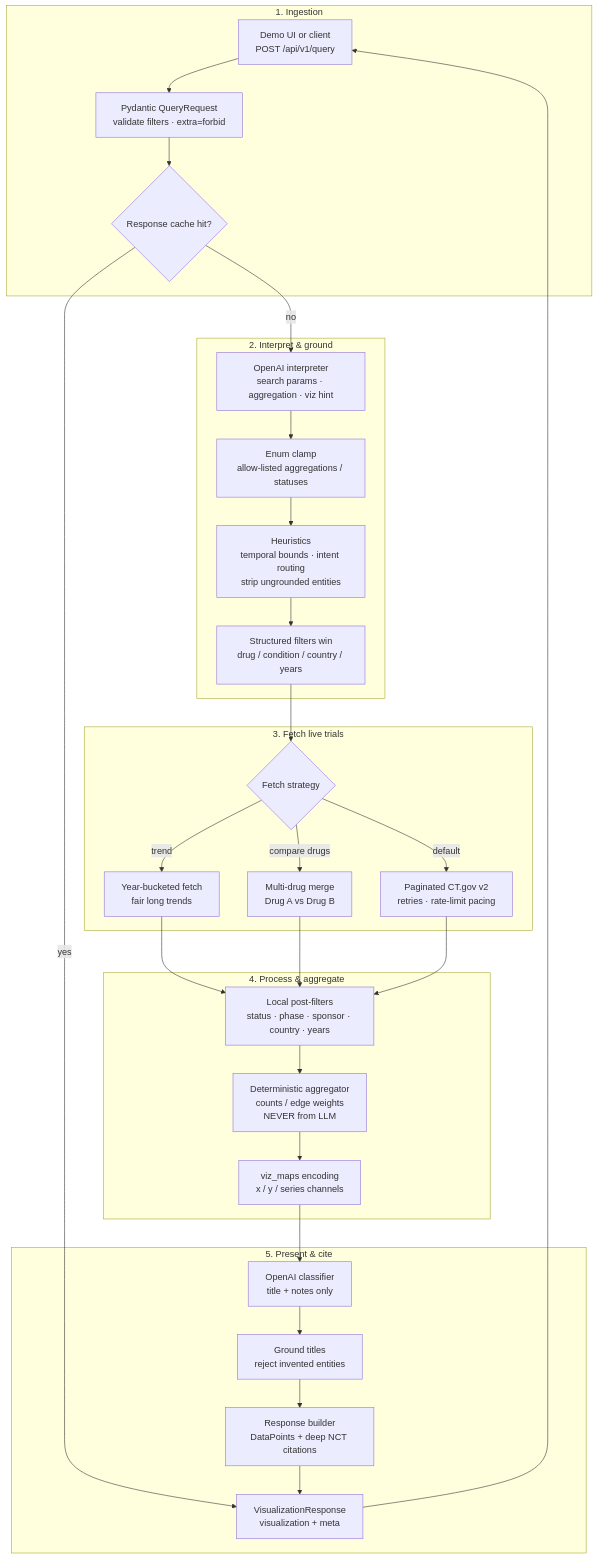
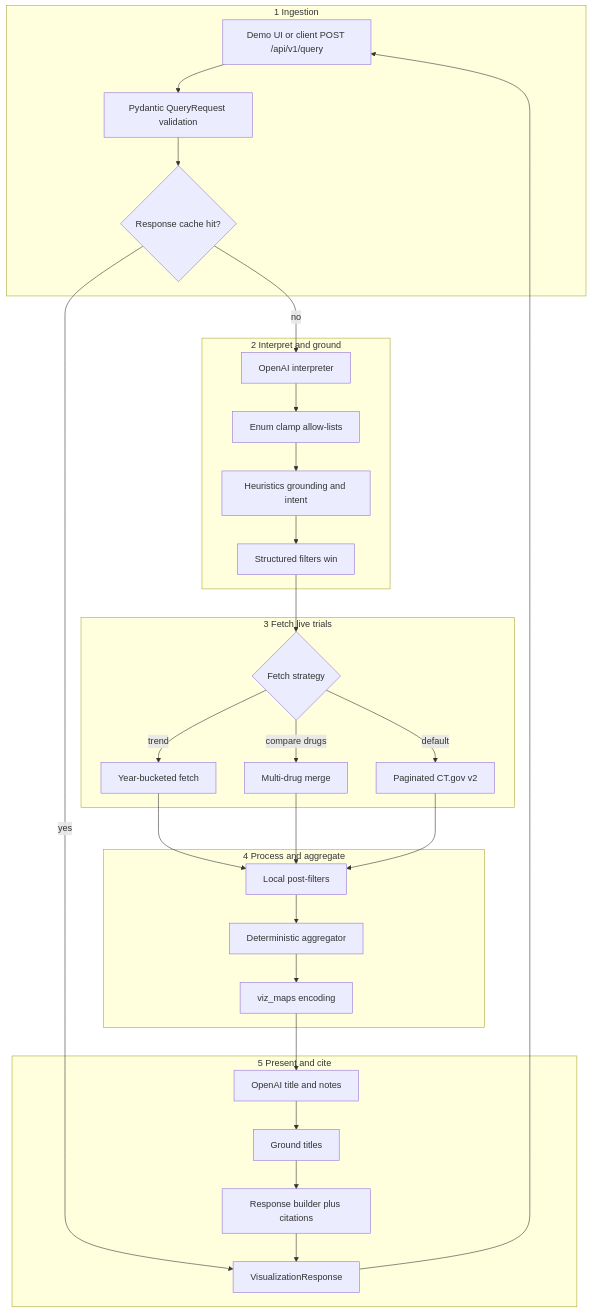
The diagram in README.md (ShubhamRSY/ClinSight-Agent), drawn with Mermaid before and after one commit.

Commit message:
Fix Mermaid architecture diagram for GitHub rendering.
Simplify labels and subgraph syntax so GitHub's Mermaid renderer no longer fails on br tags and special characters.

````diff
--- a/README.md
+++ b/README.md
@@ -297,44 +297,44 @@
 ```mermaid
 flowchart TD
-  subgraph Ingest["1. Ingestion"]
-    UI["Demo UI or client<br/>POST /api/v1/query"]
-    Schema["Pydantic QueryRequest<br/>validate filters · extra=forbid"]
-    Cache{"Response cache hit?"}
+  subgraph ingest [1 Ingestion]
+    UI[Demo UI or client POST /api/v1/query]
+    Schema[Pydantic QueryRequest validation]
+    Cache{Response cache hit?}
   end
 
-  subgraph Interpret["2. Interpret & ground"]
-    LLM1["OpenAI interpreter<br/>search params · aggregation · viz hint"]
-    Clamp["Enum clamp<br/>allow-listed aggregations / statuses"]
-    Heur["Heuristics<br/>temporal bounds · intent routing<br/>strip ungrounded entities"]
-    Override["Structured filters win<br/>drug / condition / country / years"]
+  subgraph interpret [2 Interpret and ground]
+    LLM1[OpenAI interpreter]
+    Clamp[Enum clamp allow-lists]
+    Heur[Heuristics grounding and intent]
+    Override[Structured filters win]
   end
 
-  subgraph Fetch["3. Fetch live trials"]
-    Strat{"Fetch strategy"}
-    Year["Year-bucketed fetch<br/>fair long trends"]
-    Multi["Multi-drug merge<br/>Drug A vs Drug B"]
-    Page["Paginated CT.gov v2<br/>retries · rate-limit pacing"]
+  subgraph fetch [3 Fetch live trials]
+    Strat{Fetch strategy}
+    Year[Year-bucketed fetch]
+    Multi[Multi-drug merge]
+    Page[Paginated CT.gov v2]
   end
 
-  subgraph Process["4. Process & aggregate"]
-    Local["Local post-filters<br/>status · phase · sponsor · country · years"]
-    Agg["Deterministic aggregator<br/>counts / edge weights<br/>NEVER from LLM"]
-    Enc["viz_maps encoding<br/>x / y / series channels"]
+  subgraph process [4 Process and aggregate]
+    Local[Local post-filters]
+    Agg[Deterministic aggregator]
+    Enc[viz_maps encoding]
   end
 
-  subgraph Present["5. Present & cite"]
-    LLM2["OpenAI classifier<br/>title + notes only"]
-    Labels["Ground titles<br/>reject invented entities"]
-    Build["Response builder<br/>DataPoints + deep NCT citations"]
-    Out["VisualizationResponse<br/>visualization + meta"]
+  subgraph present [5 Present and cite]
+    LLM2[OpenAI title and notes]
+    Labels[Ground titles]
+    Build[Response builder plus citations]
+    Out[VisualizationResponse]
   end
 
   UI --> Schema --> Cache
   Cache -->|yes| Out
   Cache -->|no| LLM1 --> Clamp --> Heur --> Override --> Strat
   Strat -->|trend| Year --> Local
   Strat -->|compare drugs| Multi --> Local
   Strat -->|default| Page --> Local
   Local --> Agg --> Enc --> LLM2 --> Labels --> Build --> Out
   Out --> UI
 ```
````
